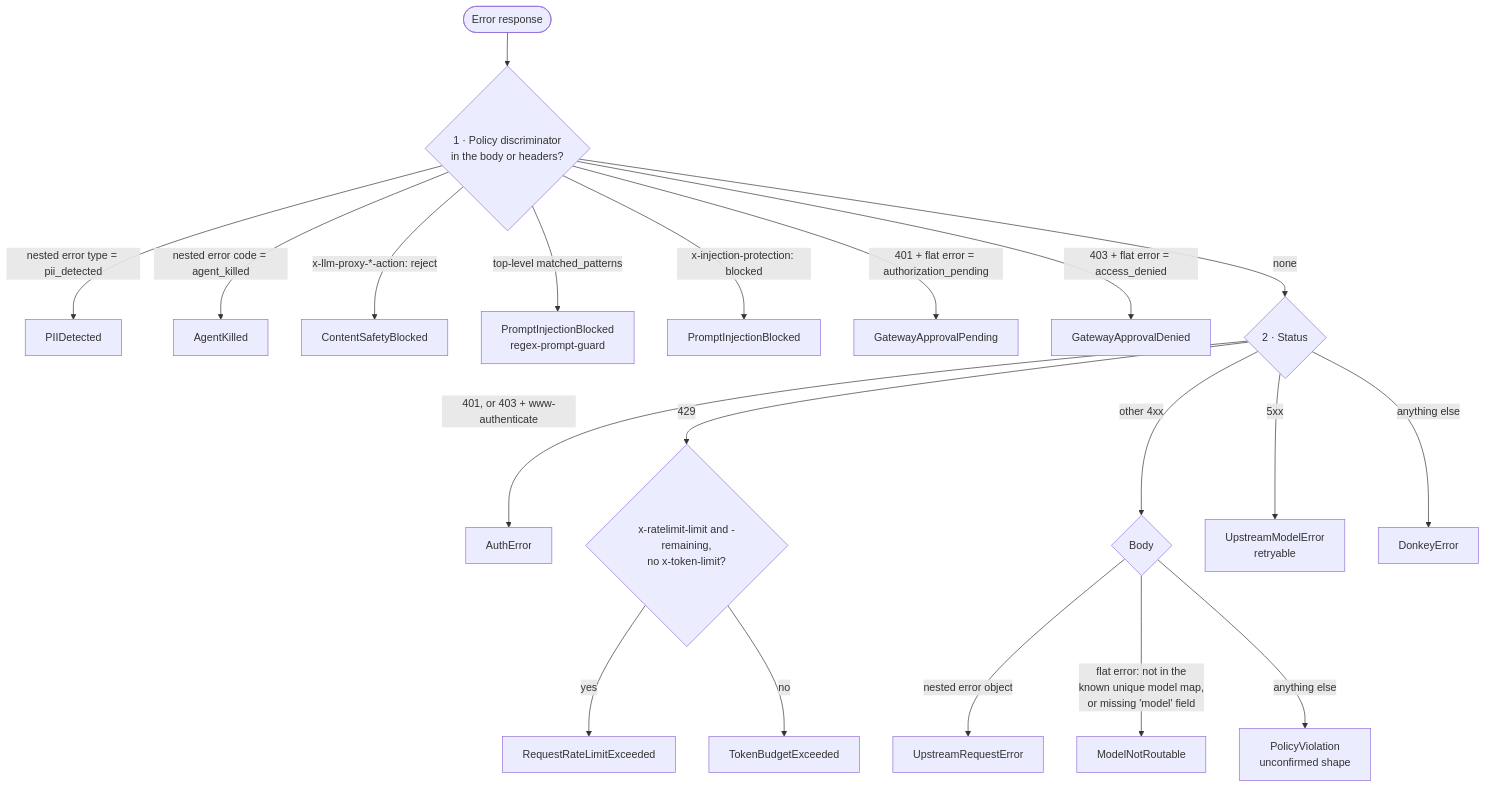
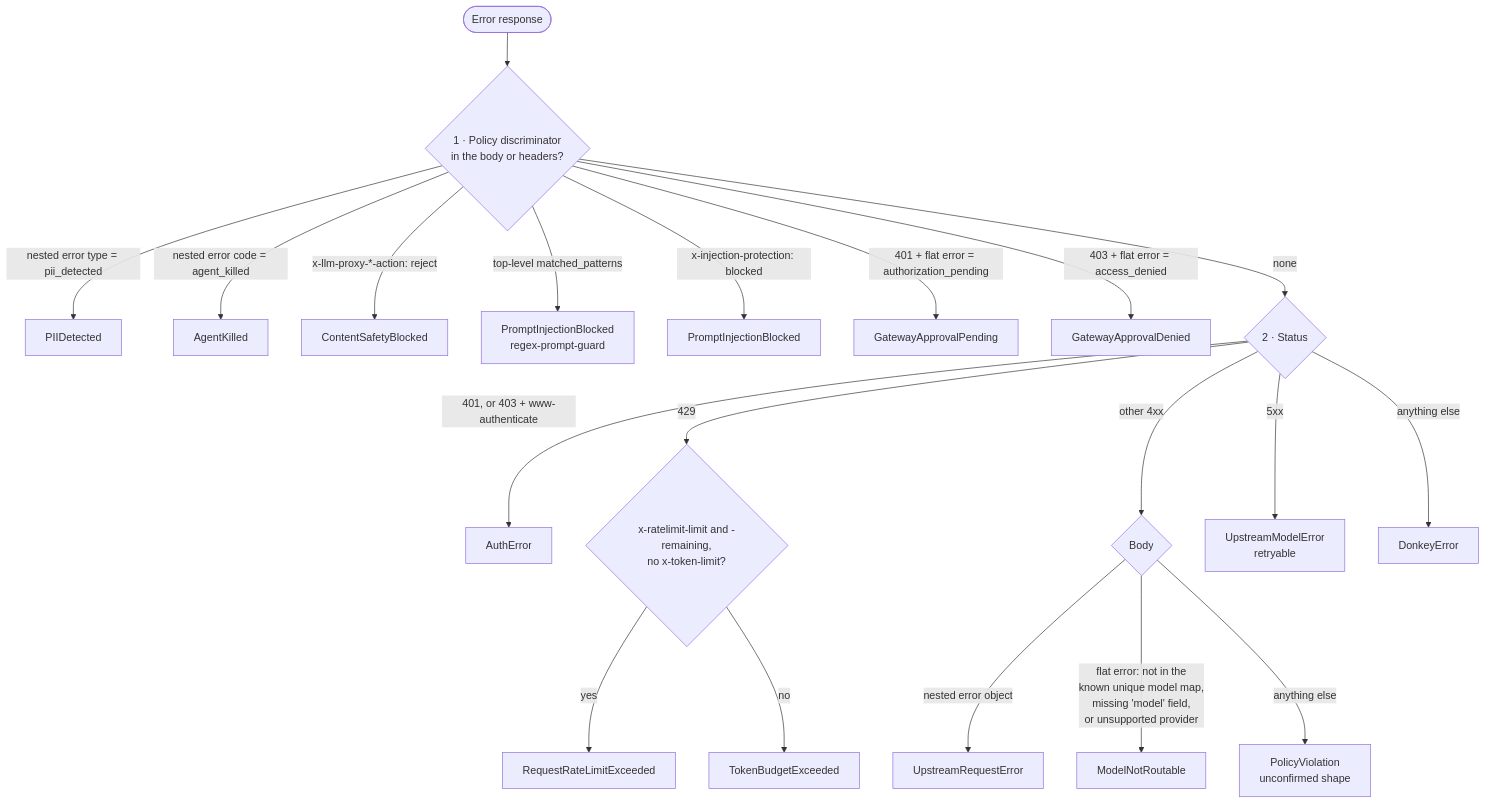
Before and after one commit to Donkey-Development-Kit/donkey-development-kit: the diagram in website/content/errors.mdx, drawn with Mermaid. The commit also changed other lines of this file and 16 other files, not shown here.

First line of the commit message:
fix(errors): type the unsupported-provider 400 as ModelNotRoutable (#1743)

````diff
--- a/website/content/errors.mdx
+++ b/website/content/errors.mdx
@@ -56,22 +57,22 @@
 ```mermaid
 flowchart TD
     R(["Error response"]) --> D{"1 · Policy discriminator<br/>in the body or headers?"}
     D -->|"nested error type = pii_detected"| X1["PIIDetected"]
     D -->|"nested error code = agent_killed"| X2["AgentKilled"]
     D -->|"x-llm-proxy-*-action: reject"| X3["ContentSafetyBlocked"]
     D -->|"top-level matched_patterns"| X4["PromptInjectionBlocked<br/>regex-prompt-guard"]
     D -->|"x-injection-protection: blocked"| X5["PromptInjectionBlocked"]
     D -->|"401 + flat error = authorization_pending"| X14["GatewayApprovalPending"]
     D -->|"403 + flat error = access_denied"| X15["GatewayApprovalDenied"]
     D -->|none| S{"2 · Status"}
     S -->|"401, or 403 + www-authenticate"| X6["AuthError"]
     S -->|429| Q{"x-ratelimit-limit and -remaining,<br/>no x-token-limit?"}
     Q -->|yes| X7["RequestRateLimitExceeded"]
     Q -->|no| X8["TokenBudgetExceeded"]
     S -->|"other 4xx"| F{"Body"}
     F -->|"nested error object"| X9["UpstreamRequestError"]
-    F -->|"flat error: not in the<br/>known unique model map,<br/>or missing 'model' field"| X10["ModelNotRoutable"]
+    F -->|"flat error: not in the<br/>known unique model map,<br/>missing 'model' field,<br/>or unsupported provider"| X10["ModelNotRoutable"]
     F -->|anything else| X11["PolicyViolation<br/>unconfirmed shape"]
     S -->|5xx| X12["UpstreamModelError<br/>retryable"]
     S -->|"anything else"| X13["DonkeyError"]
 ```
````
